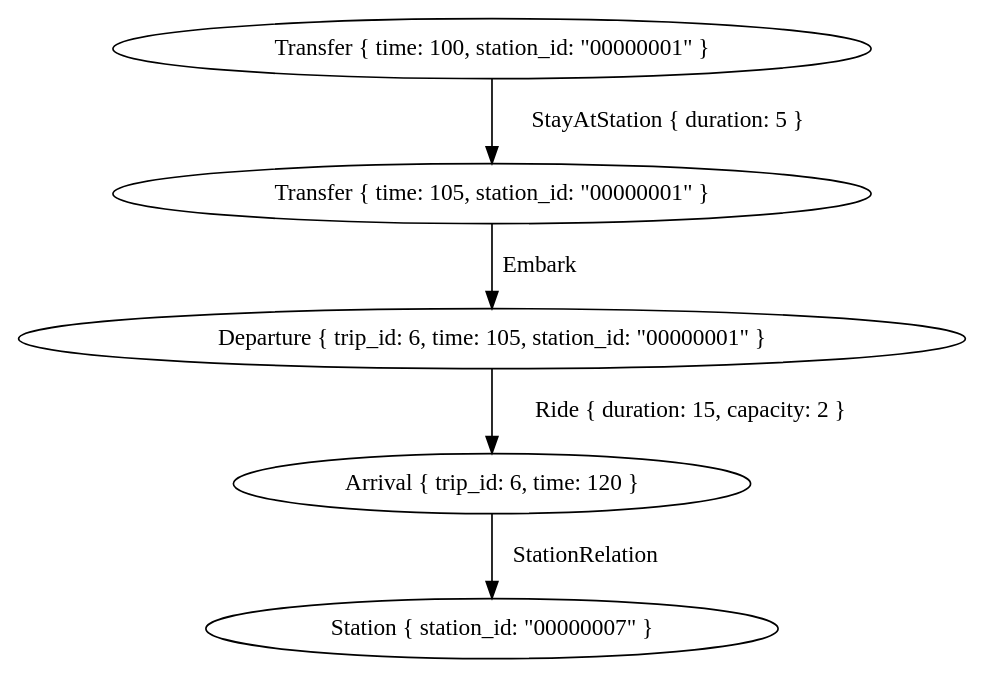
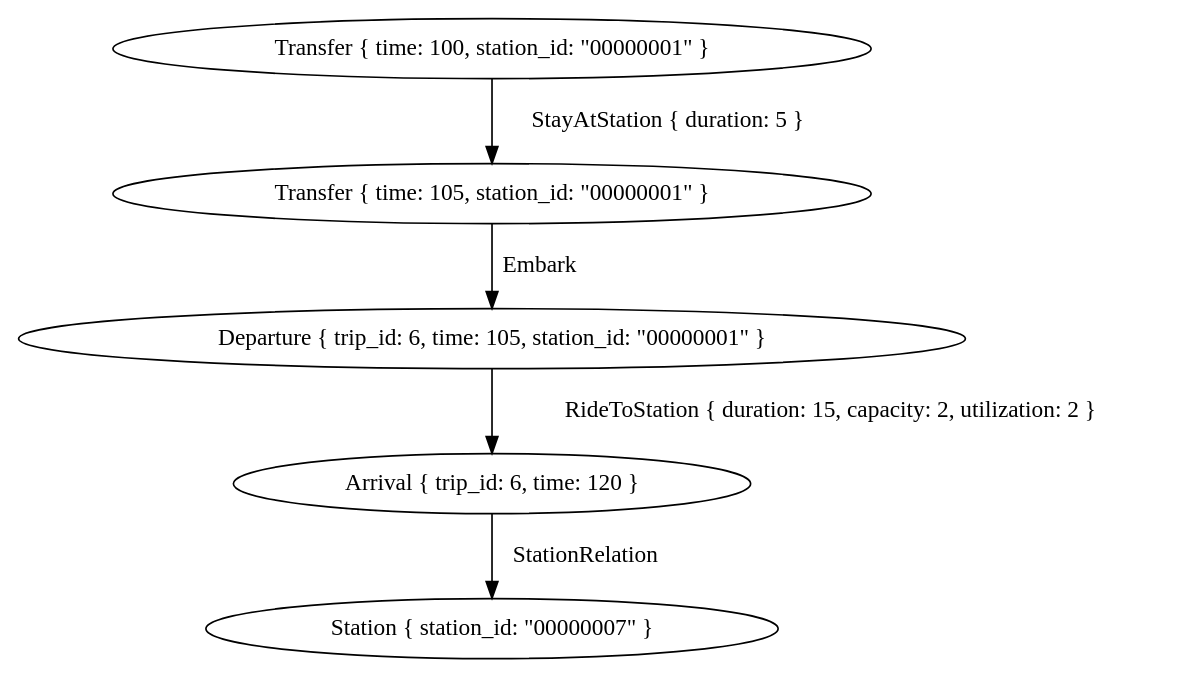
One commit to eliaswendt/mcfp-optimizer changed the diagram in graphs/subgraph_group_10.dot. Above: the diagram before and after it, drawn with Graphviz. The commit also changed 12 other files, not shown here.

```diff
--- a/graphs/subgraph_group_10.dot
+++ b/graphs/subgraph_group_10.dot
@@ -1,11 +1,11 @@
 digraph {
     0 [ label = "Transfer { time: 100, station_id: \"00000001\" }" ]
     1 [ label = "Transfer { time: 105, station_id: \"00000001\" }" ]
     2 [ label = "Departure { trip_id: 6, time: 105, station_id: \"00000001\" }" ]
     3 [ label = "Arrival { trip_id: 6, time: 120 }" ]
     4 [ label = "Station { station_id: \"00000007\" }" ]
     0 -> 1 [ label = "StayAtStation { duration: 5 }" ]
     1 -> 2 [ label = "Embark" ]
-    2 -> 3 [ label = "Ride { duration: 15, capacity: 2 }" ]
+    2 -> 3 [ label = "RideToStation { duration: 15, capacity: 2, utilization: 2 }" ]
     3 -> 4 [ label = "StationRelation" ]
 }
```
